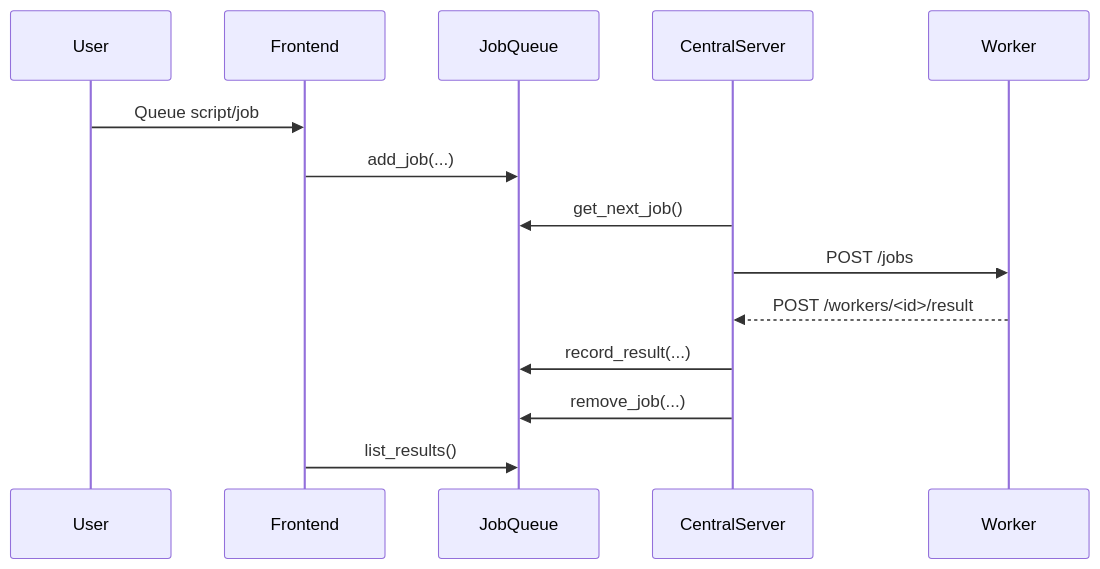
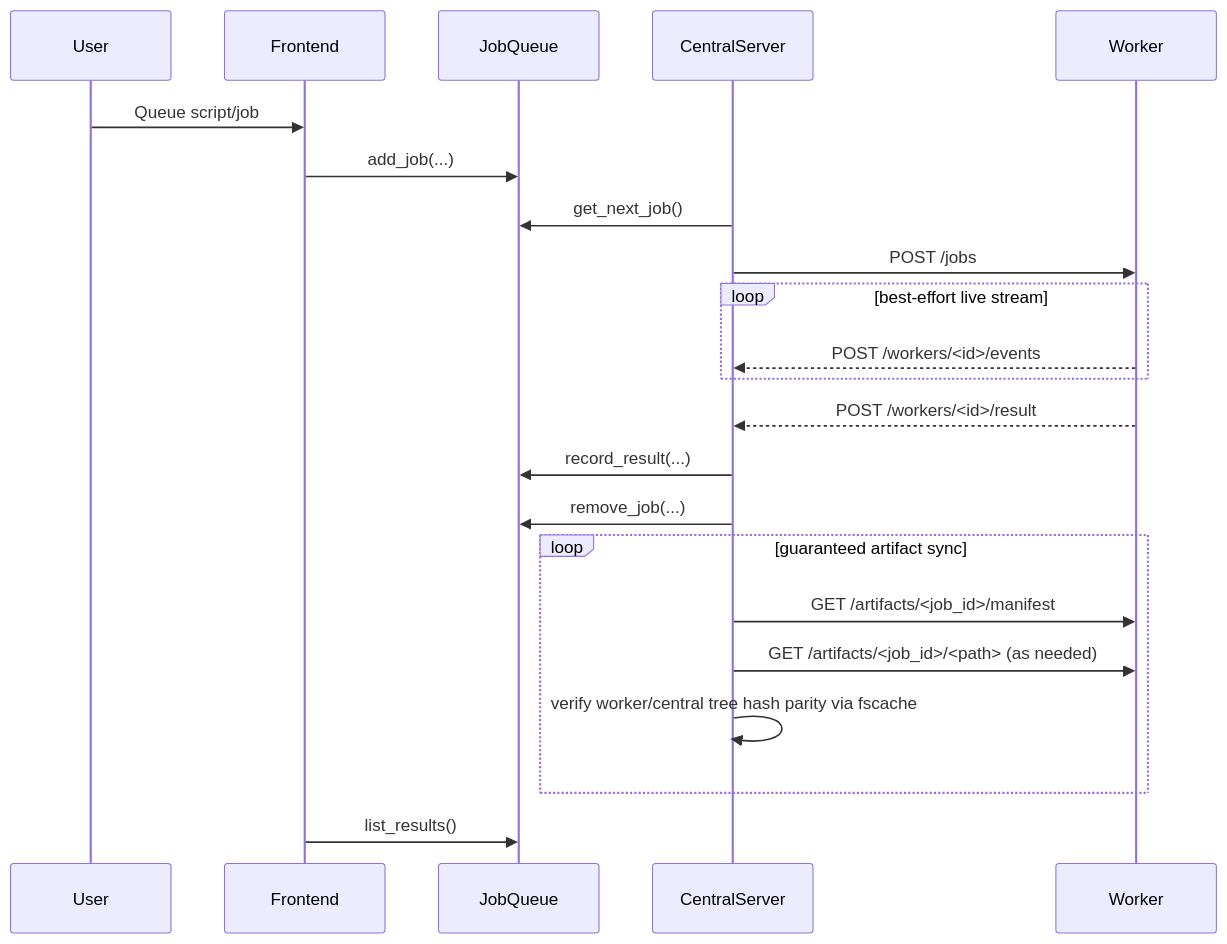
The second of 2 diagrams in automationv3/docs/architecture.rst (fillet54/exp-jq), drawn with Mermaid before and after one commit. The commit also changed 7 other files, not shown here.

```diff
--- a/automationv3/docs/architecture.rst
+++ b/automationv3/docs/architecture.rst
@@ -22,17 +22,25 @@
 .. mermaid::
 
    sequenceDiagram
        participant User
        participant FE as Frontend
        participant Q as JobQueue
        participant C as CentralServer
        participant W as Worker
 
        User->>FE: Queue script/job
        FE->>Q: add_job(...)
        C->>Q: get_next_job()
        C->>W: POST /jobs
+       loop best-effort live stream
+           W-->>C: POST /workers/<id>/events
+       end
        W-->>C: POST /workers/<id>/result
        C->>Q: record_result(...)
        C->>Q: remove_job(...)
+       loop guaranteed artifact sync
+           C->>W: GET /artifacts/<job_id>/manifest
+           C->>W: GET /artifacts/<job_id>/<path> (as needed)
+           C->>C: verify worker/central tree hash parity via fscache
+       end
        FE->>Q: list_results()
```
